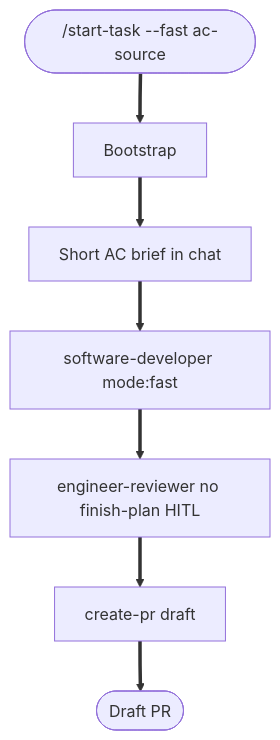
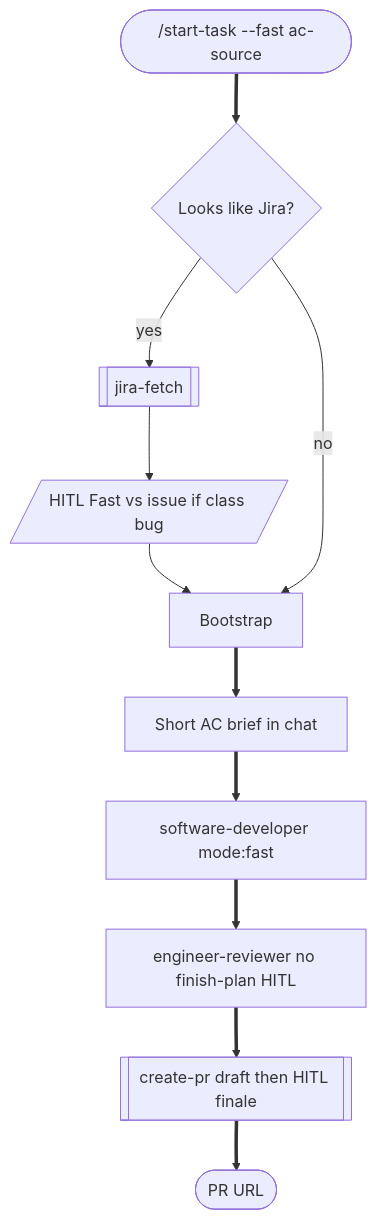
One commit to a-trembak/cursor-spells changed the tenth of 12 diagrams in docs/superpowers/pipeline-flow.md. Above: the diagram before and after it, drawn with Mermaid. The commit also changed other lines of this file and 4 other files, not shown here.

First line of the commit message:
docs: document Jira router, PR finale, and capture-escape

````diff
--- a/docs/superpowers/pipeline-flow.md
+++ b/docs/superpowers/pipeline-flow.md
@@ -372,12 +392,18 @@
 ```mermaid
 flowchart TD
   startFast(["/start-task --fast ac-source"])
+  looksJira{Looks like Jira?}
+  fetch[["jira-fetch"]]
+  fastVsIssue[/"HITL Fast vs issue if class bug"/]
   boot["Bootstrap"]
   brief["Short AC brief in chat"]
   exec["software-developer mode:fast"]
   review["engineer-reviewer no finish-plan HITL"]
-  prNode["create-pr draft"]
-  doneFast(["Draft PR"])
+  prNode[["create-pr draft then HITL finale"]]
+  doneFast(["PR URL"])
 
-  startFast ==> boot ==> brief ==> exec ==> review ==> prNode ==> doneFast
+  startFast ==> looksJira
+  looksJira -->|"yes"| fetch --> fastVsIssue --> boot
+  looksJira -->|"no"| boot
+  boot ==> brief ==> exec ==> review ==> prNode ==> doneFast
 ```
````
